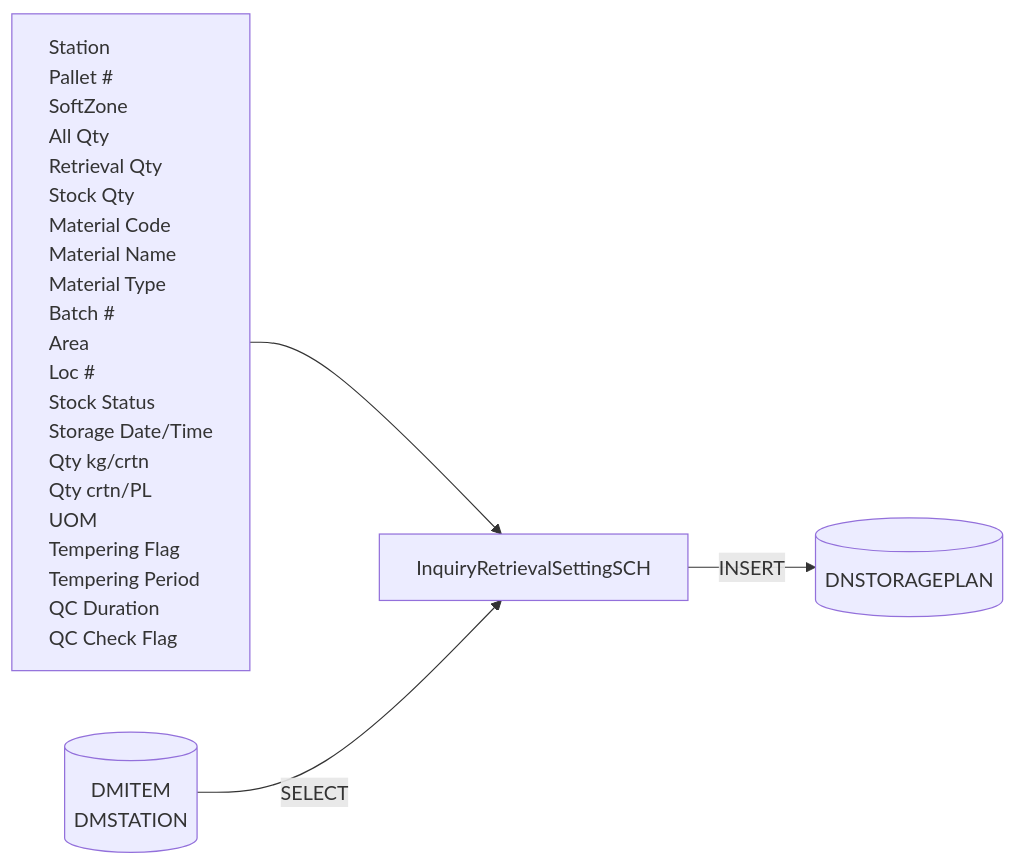
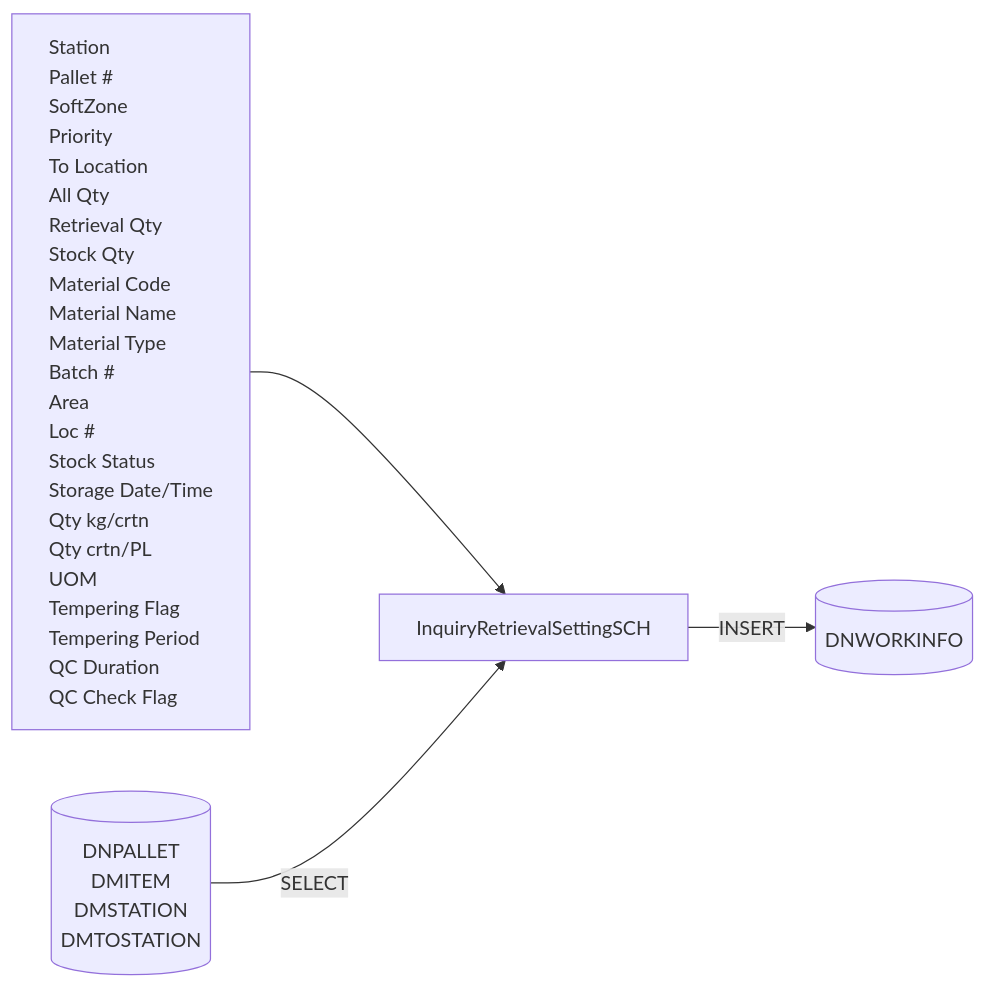
Before and after one commit to luthfiadityaa/SimeDarby-Wiki: the third of 9 diagrams in Basic-Design/DFD-WMS/Retrieval/Unplanned-Retrieval-from-HP-Area.md, drawn with Mermaid.

Commit message:
Updated Unplanned Retrieval from HP Area

```diff
--- a/Basic-Design/DFD-WMS/Retrieval/Unplanned-Retrieval-from-HP-Area.md
+++ b/Basic-Design/DFD-WMS/Retrieval/Unplanned-Retrieval-from-HP-Area.md
@@ -92,43 +92,47 @@
 ::: mermaid
 flowchart LR
     input[
         Station
         Pallet #
         SoftZone
+        Priority
+        To Location
         All Qty
         Retrieval Qty
         Stock Qty
         Material Code
         Material Name
         Material Type
         Batch #
         Area
         Loc #
         Stock Status
         Storage Date/Time
         Qty kg/crtn
         Qty crtn/PL
         UOM
         Tempering Flag
         Tempering Period
         QC Duration
         QC Check Flag
     ]
 
     tableList-insert[("
-        DNSTORAGEPLAN
+        DNWORKINFO
     ")]
 
      tableList-select[("
+        DNPALLET
         DMITEM
         DMSTATION
+        DMTOSTATION
     ")]
 
     className[InquiryRetrievalSettingSCH]
 
     input --> className --> |INSERT| tableList-insert
     tableList-select --> |SELECT| className
 
     classDef leftAlign text-align:left;
     class input leftAlign;
 :::
```
